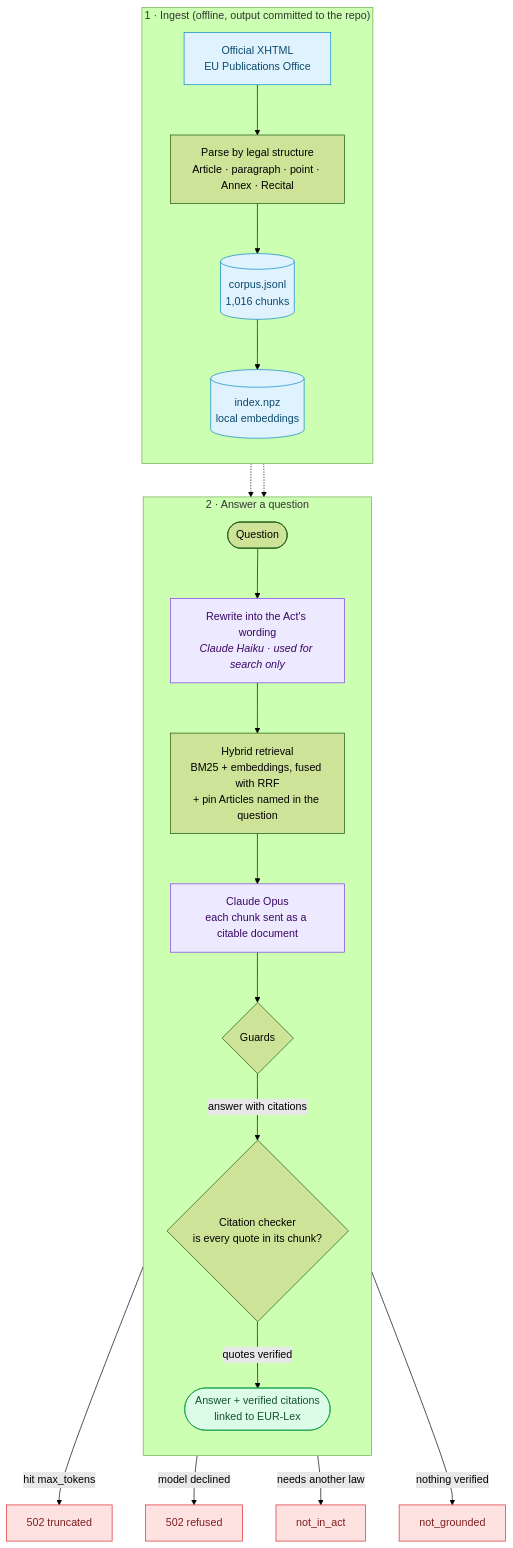
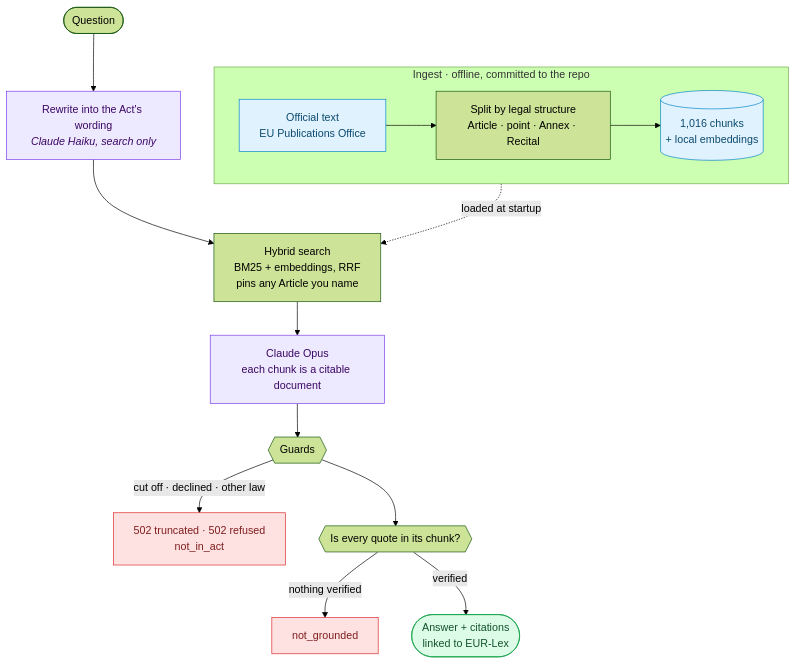
The diagram in README.md (Finjineersdev/eu-ai-act-rag), drawn with Mermaid (forest theme) before and after one commit.

Commit message:
docs: simpler vertical architecture diagram

````diff
--- a/README.md
+++ b/README.md
@@ -30,38 +30,22 @@
 ```mermaid
 flowchart TB
-    subgraph ingest["1 · Ingest (offline, output committed to the repo)"]
-        direction TB
-        A["Official XHTML<br/>EU Publications Office"]:::data
-        B["Parse by legal structure<br/>Article · paragraph · point · Annex · Recital"]
-        C[("corpus.jsonl<br/>1,016 chunks")]:::data
-        D[("index.npz<br/>local embeddings")]:::data
-        A --> B --> C --> D
+    subgraph ingest["Ingest · offline, committed to the repo"]
+        direction LR
+        A["Official text<br/>EU Publications Office"]:::data --> B["Split by legal structure<br/>Article · point · Annex · Recital"] --> C[("1,016 chunks<br/>+ local embeddings")]:::data
     end
 
-    subgraph ask["2 · Answer a question"]
-        direction TB
-        Q(["Question"])
-        W["Rewrite into the Act's wording<br/><i>Claude Haiku · used for search only</i>"]:::llm
-        R["Hybrid retrieval<br/>BM25 + embeddings, fused with RRF<br/>+ pin Articles named in the question"]
-        L["Claude Opus<br/>each chunk sent as a citable document"]:::llm
-        G{"Guards"}
-        V{"Citation checker<br/>is every quote in its chunk?"}
-        OK(["Answer + verified citations<br/>linked to EUR-Lex"]):::ok
-        Q --> W --> R --> L --> G
-        G -->|"answer with citations"| V
-        V -->|"quotes verified"| OK
-    end
-
-    G -->|"hit max_tokens"| T["502 truncated"]:::stop
-    G -->|"model declined"| X["502 refused"]:::stop
-    G -->|"needs another law"| O["not_in_act"]:::stop
-    V -->|"nothing verified"| N["not_grounded"]:::stop
-
-    C -.-> R
-    D -.-> R
+    Q(["Question"]) --> W["Rewrite into the Act's wording<br/><i>Claude Haiku, search only</i>"]:::llm
+    W --> R["Hybrid search<br/>BM25 + embeddings, RRF<br/>pins any Article you name"]
+    ingest -. loaded at startup .-> R
+    R --> L["Claude Opus<br/>each chunk is a citable document"]:::llm
+    L --> G{{"Guards"}}
+    G -- "cut off · declined · other law" --> S["502 truncated · 502 refused<br/>not_in_act"]:::stop
+    G --> V{{"Is every quote in its chunk?"}}
+    V -- "nothing verified" --> N["not_grounded"]:::stop
+    V -- "verified" --> OK(["Answer + citations<br/>linked to EUR-Lex"]):::ok
 
     classDef data fill:#e0f2fe,stroke:#0284c7,color:#0c4a6e
     classDef llm fill:#ede9fe,stroke:#7c3aed,color:#3b0764
     classDef ok fill:#dcfce7,stroke:#16a34a,color:#14532d
     classDef stop fill:#fee2e2,stroke:#dc2626,color:#7f1d1d
 ```
````
